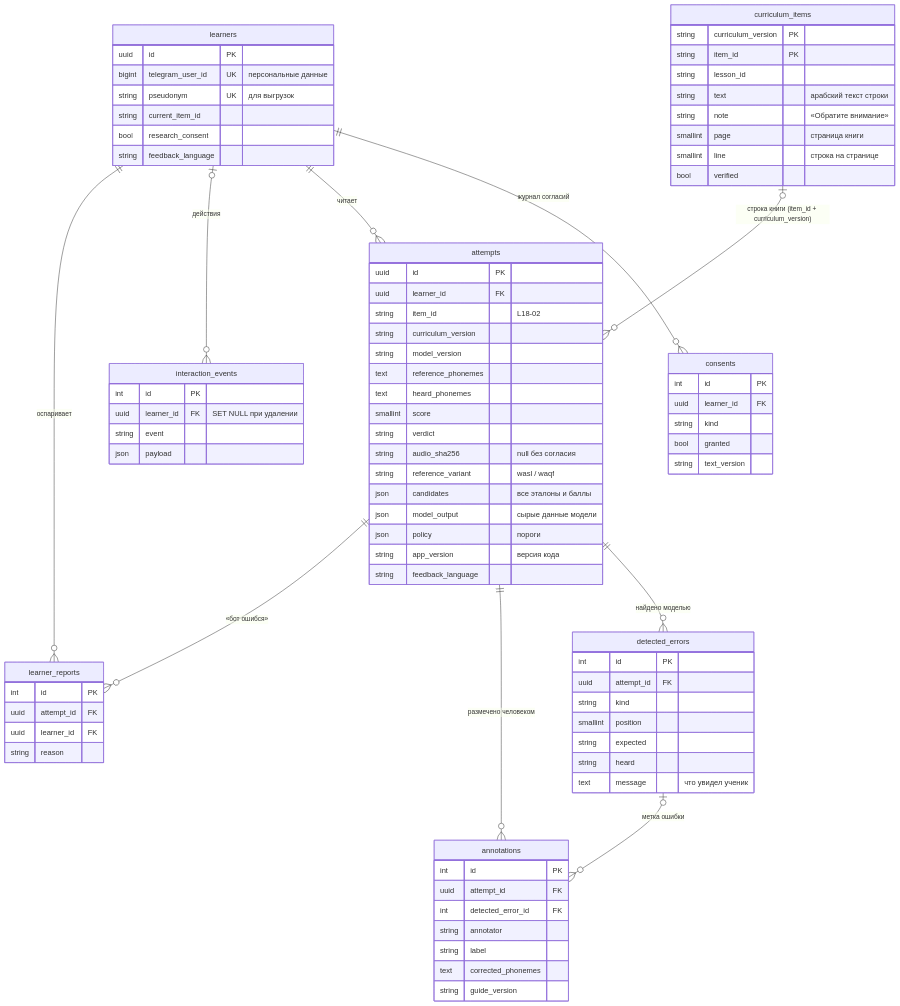
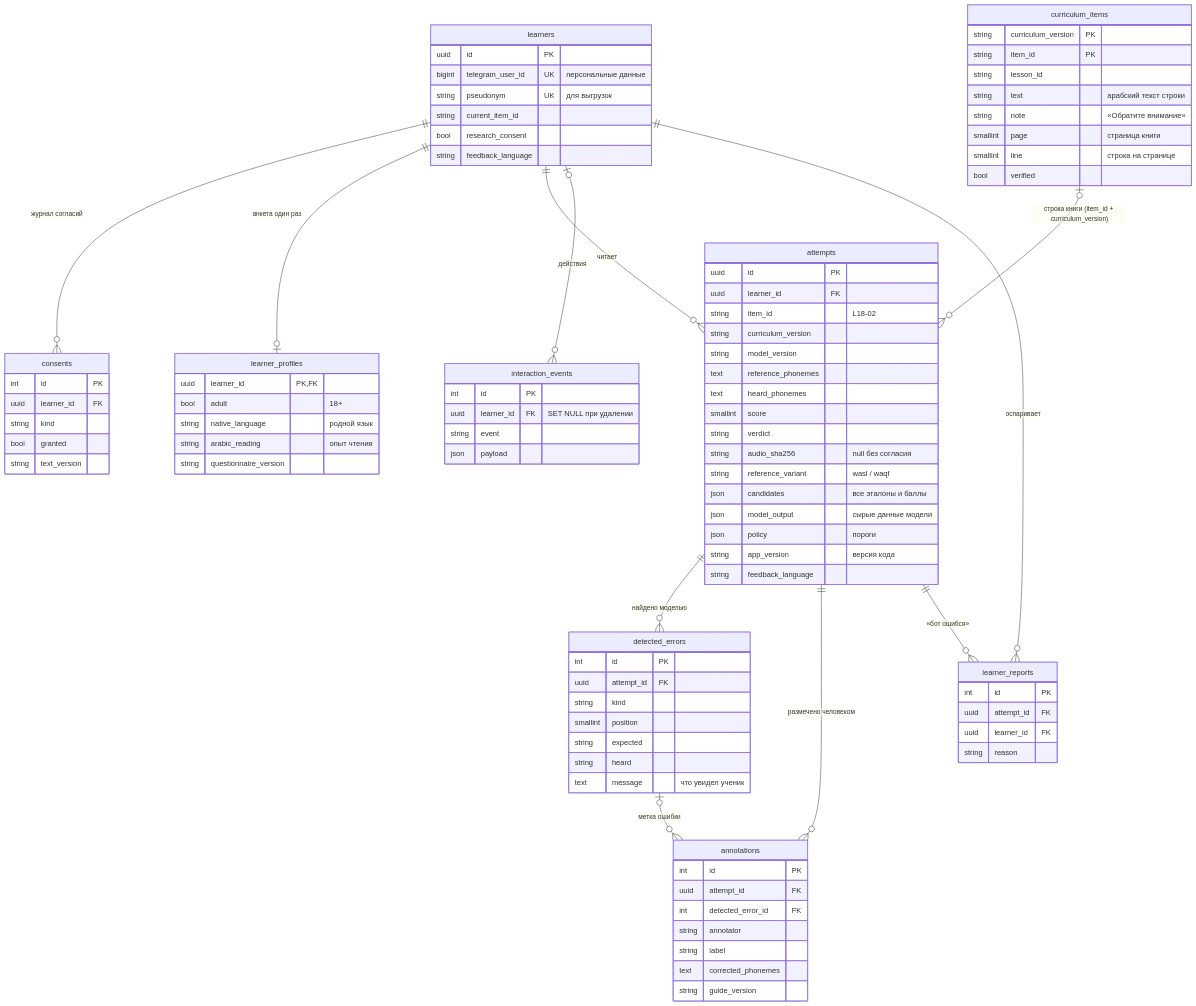
One commit to abdra04-gif/muallim changed the diagram in docs/architecture/diagrams/04-er.mmd. Above: the diagram before and after it, drawn with Mermaid. The commit also changed 25 other files, not shown here.

First line of the commit message:
feat(bot): анкета один раз после согласия — 18+, родной язык, опыт чтения

```diff
--- a/docs/architecture/diagrams/04-er.mmd
+++ b/docs/architecture/diagrams/04-er.mmd
@@ -1,85 +1,93 @@
 %% Схема БД (подробно — docs/data/data-dictionary.md).
 erDiagram
     learners ||--o{ consents : "журнал согласий"
+    learners ||--o| learner_profiles : "анкета один раз"
     learners ||--o{ attempts : "читает"
     learners |o--o{ interaction_events : "действия"
     attempts ||--o{ detected_errors : "найдено моделью"
     attempts ||--o{ annotations : "размечено человеком"
     detected_errors |o--o{ annotations : "метка ошибки"
     attempts ||--o{ learner_reports : "«бот ошибся»"
     learners ||--o{ learner_reports : "оспаривает"
     curriculum_items |o--o{ attempts : "строка книги (item_id + curriculum_version)"
 
     learners {
         uuid id PK
         bigint telegram_user_id UK "персональные данные"
         string pseudonym UK "для выгрузок"
         string current_item_id
         bool research_consent
         string feedback_language
     }
     consents {
         int id PK
         uuid learner_id FK
         string kind
         bool granted
         string text_version
+    }
+    learner_profiles {
+        uuid learner_id PK,FK
+        bool adult "18+"
+        string native_language "родной язык"
+        string arabic_reading "опыт чтения"
+        string questionnaire_version
     }
     attempts {
         uuid id PK
         uuid learner_id FK
         string item_id "L18-02"
         string curriculum_version
         string model_version
         text reference_phonemes
         text heard_phonemes
         smallint score
         string verdict
         string audio_sha256 "null без согласия"
         string reference_variant "wasl / waqf"
         json candidates "все эталоны и баллы"
         json model_output "сырые данные модели"
         json policy "пороги"
         string app_version "версия кода"
         string feedback_language
     }
     curriculum_items {
         string curriculum_version PK
         string item_id PK
         string lesson_id
         string text "арабский текст строки"
         string note "«Обратите внимание»"
         smallint page "страница книги"
         smallint line "строка на странице"
         bool verified
     }
     learner_reports {
         int id PK
         uuid attempt_id FK
         uuid learner_id FK
         string reason
     }
     detected_errors {
         int id PK
         uuid attempt_id FK
         string kind
         smallint position
         string expected
         string heard
         text message "что увидел ученик"
     }
     annotations {
         int id PK
         uuid attempt_id FK
         int detected_error_id FK
         string annotator
         string label
         text corrected_phonemes
         string guide_version
     }
     interaction_events {
         int id PK
         uuid learner_id FK "SET NULL при удалении"
         string event
         json payload
     }
```
